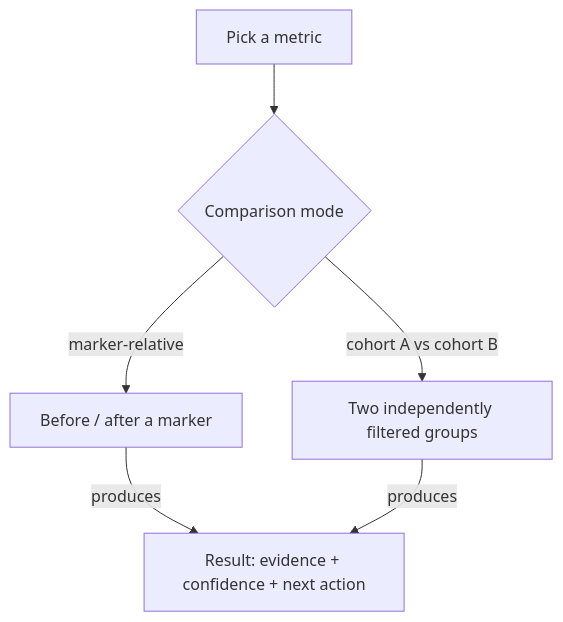
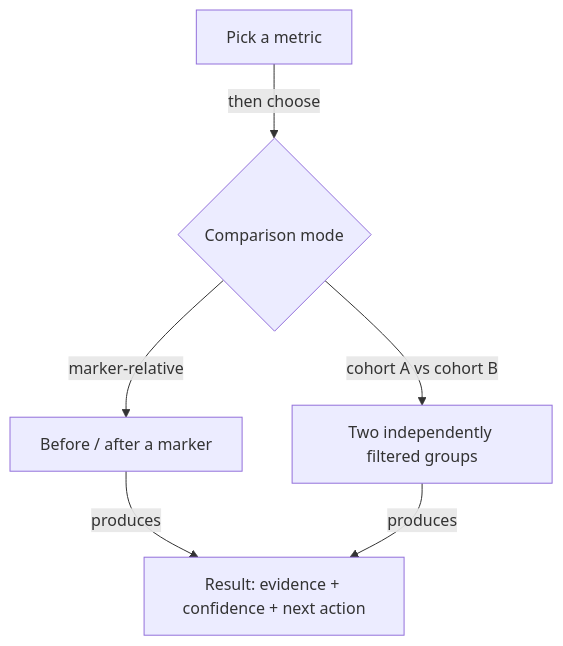
The fourth of 4 diagrams in docs/user/guides/telemetry.md (kirinmurphy/roborepo), drawn with Mermaid before and after one commit. The commit also changed other lines of this file and 35 other files, not shown here.

````diff
--- a/docs/user/guides/telemetry.md
+++ b/docs/user/guides/telemetry.md
@@ -180,8 +180,8 @@
 ```mermaid
 flowchart TD
-  A[Pick a metric] --> B{Comparison mode}
+  A[Pick a metric] -->|then choose| B{Comparison mode}
   B -->|marker-relative| C[Before / after a marker]
   B -->|cohort A vs cohort B| D[Two independently filtered groups]
   C -->|produces| E[Result: evidence + confidence + next action]
   D -->|produces| E
 ```
````
